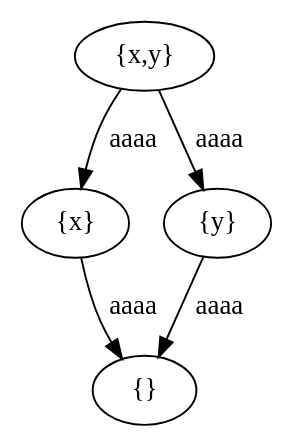
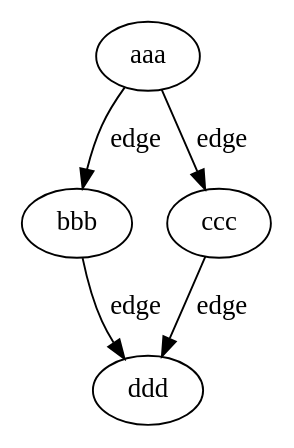
One commit to nannany/diagrams-rs changed the diagram in example1.dot. Above: the diagram before and after it, drawn with Graphviz. The commit also changed 1 other file, not shown here.

```diff
--- a/example1.dot
+++ b/example1.dot
@@ -1,10 +1,10 @@
-digraph example3 {
-    N0[label="{x,y}"];
-    N1[label="{x}"];
-    N2[label="{y}"];
-    N3[label="{}"];
-    N0 -> N1[label="aaaa"];
-    N0 -> N2[label="aaaa"];
-    N1 -> N3[label="aaaa"];
-    N2 -> N3[label="aaaa"];
+digraph my_graph {
+    N0[label="aaa"];
+    N1[label="bbb"];
+    N2[label="ccc"];
+    N3[label="ddd"];
+    N0 -> N1[label="edge"];
+    N0 -> N2[label="edge"];
+    N1 -> N3[label="edge"];
+    N2 -> N3[label="edge"];
 }
```
